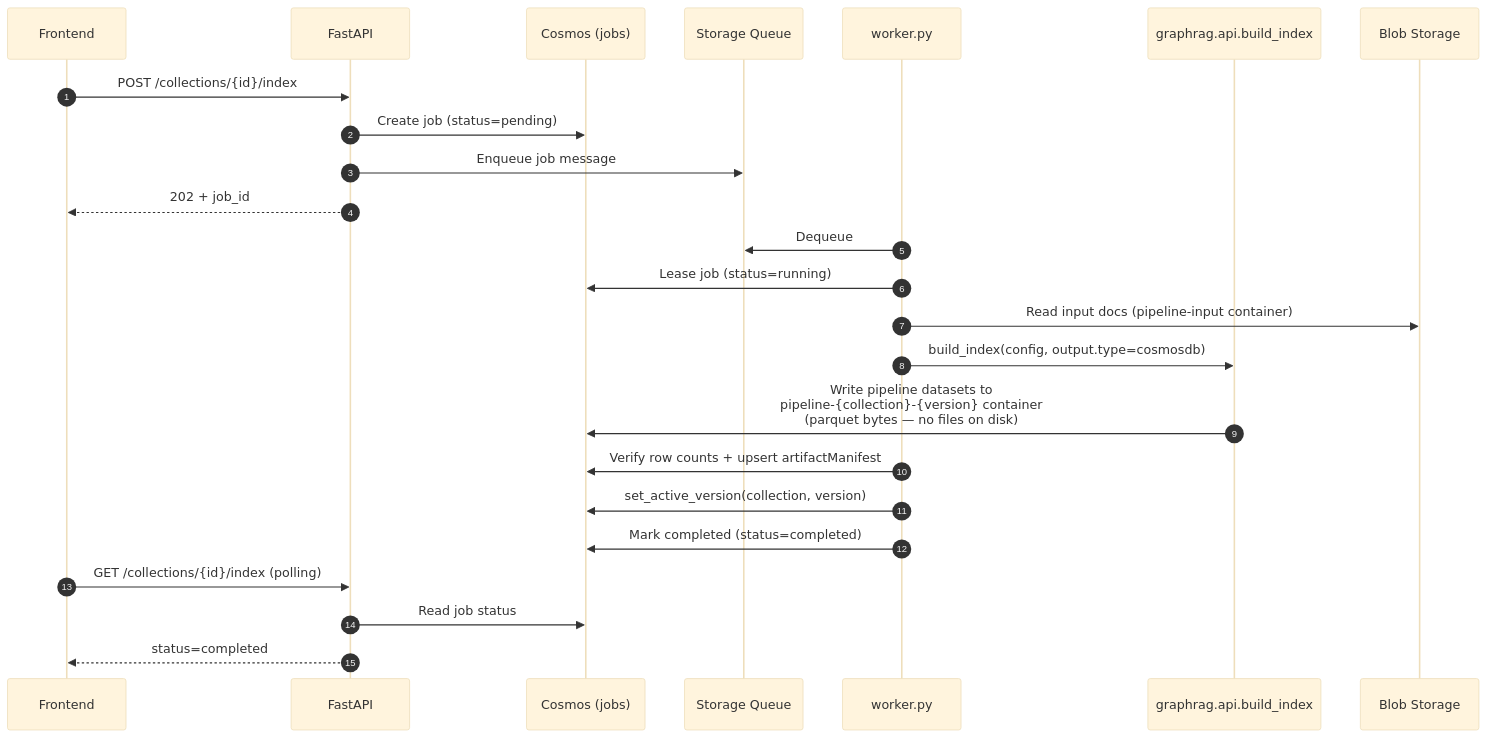
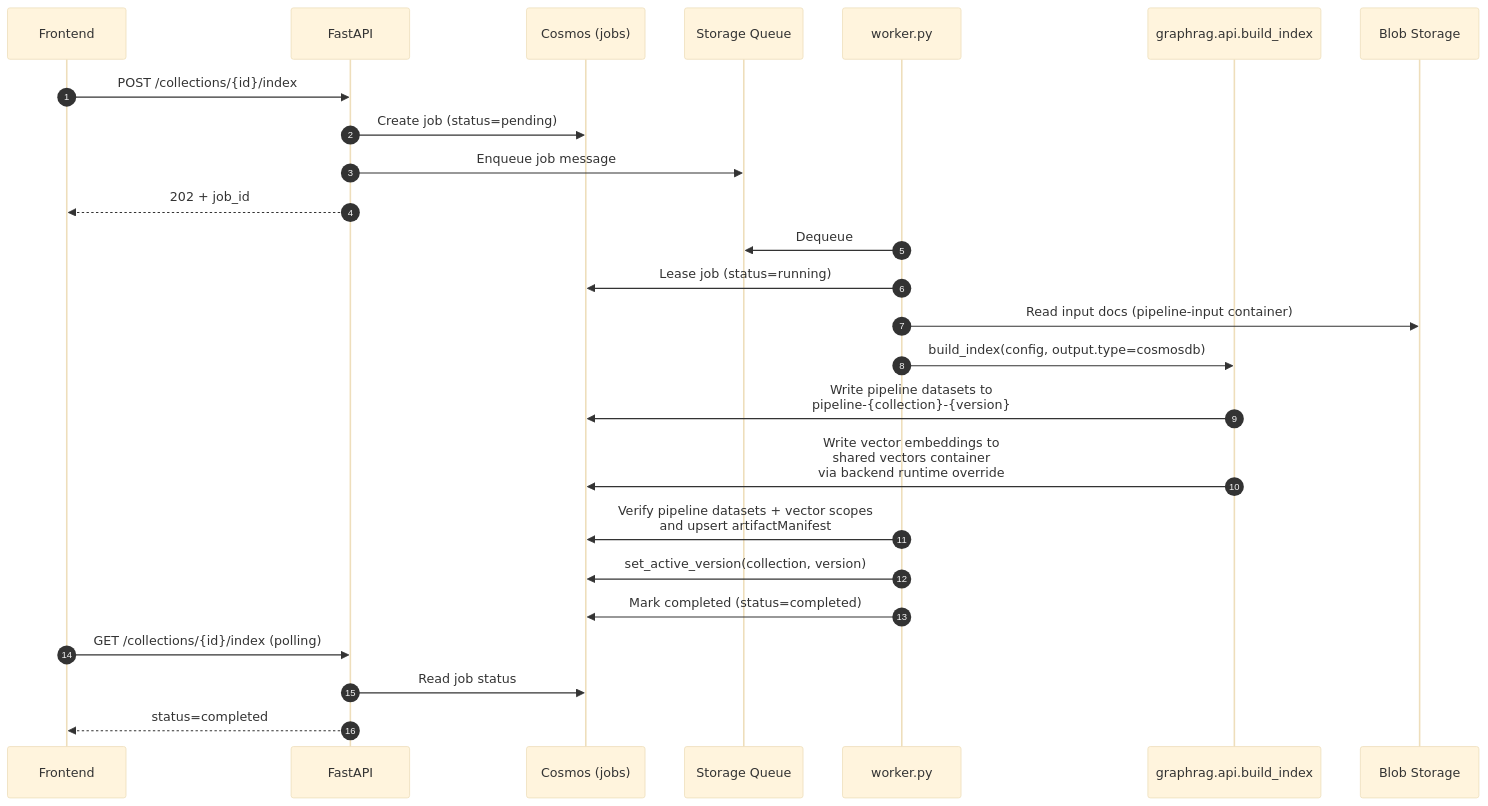
The fourth of 5 diagrams in docs/project/en/architecture.md (huytu0702/gtog), drawn with Mermaid (base theme) before and after one commit. The commit also changed other lines of this file and 32 other files, not shown here.

````diff
--- a/docs/project/en/architecture.md
+++ b/docs/project/en/architecture.md
@@ -185,27 +187,28 @@
 ```mermaid
 sequenceDiagram
     autonumber
     participant FE as Frontend
     participant API as FastAPI
     participant Cosmos as Cosmos (jobs)
     participant Queue as Storage Queue
     participant Worker as worker.py
     participant Core as graphrag.api.build_index
     participant Blob as Blob Storage
 
     FE->>API: POST /collections/{id}/index
     API->>Cosmos: Create job (status=pending)
     API->>Queue: Enqueue job message
     API-->>FE: 202 + job_id
     Worker->>Queue: Dequeue
     Worker->>Cosmos: Lease job (status=running)
     Worker->>Blob: Read input docs (pipeline-input container)
     Worker->>Core: build_index(config, output.type=cosmosdb)
-    Core->>Cosmos: Write pipeline datasets to<br/>pipeline-{collection}-{version} container<br/>(parquet bytes — no files on disk)
-    Worker->>Cosmos: Verify row counts + upsert artifactManifest
+    Core->>Cosmos: Write pipeline datasets to<br/>pipeline-{collection}-{version}
+    Core->>Cosmos: Write vector embeddings to<br/>shared vectors container<br/>via backend runtime override
+    Worker->>Cosmos: Verify pipeline datasets + vector scopes<br/>and upsert artifactManifest
     Worker->>Cosmos: set_active_version(collection, version)
     Worker->>Cosmos: Mark completed (status=completed)
     FE->>API: GET /collections/{id}/index (polling)
     API->>Cosmos: Read job status
     API-->>FE: status=completed
 ```
````
